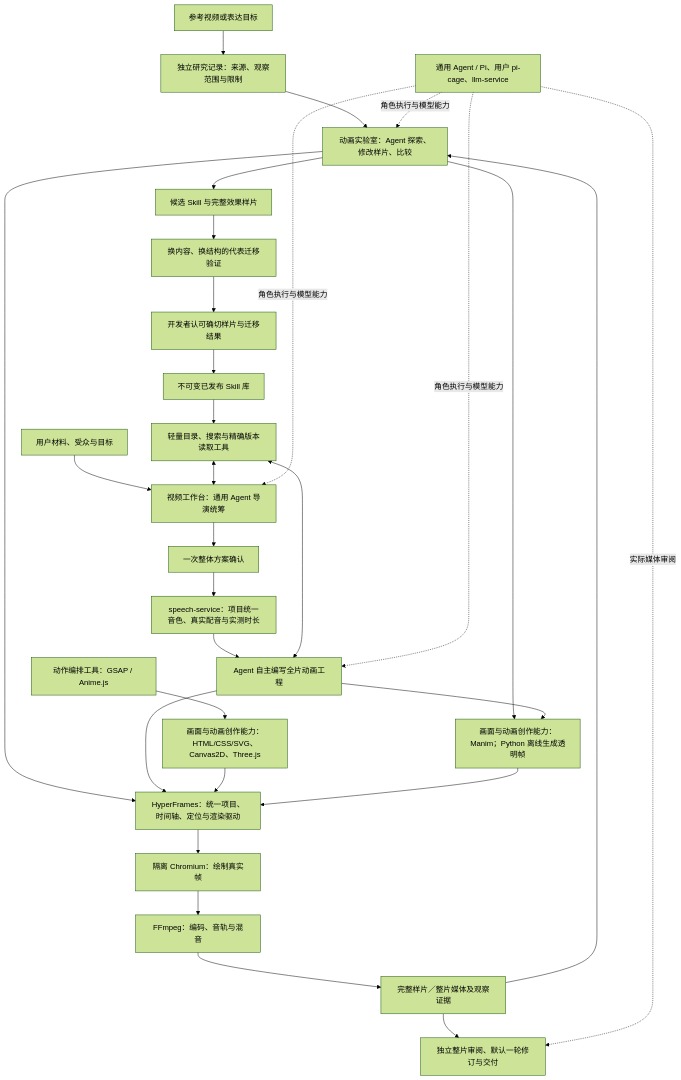
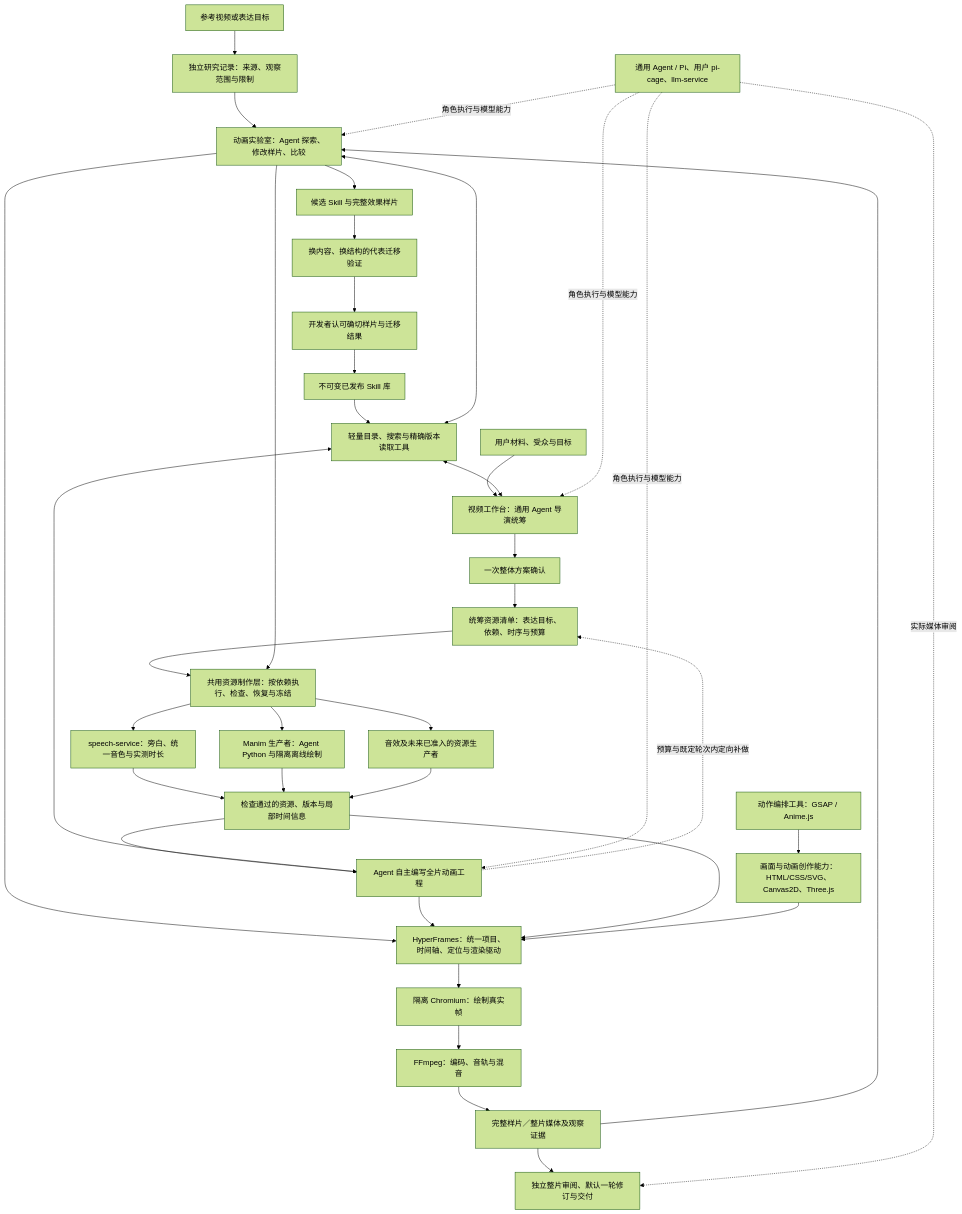
Before and after one commit to zmhhaha/panghu_agent: the diagram in video_workbench/docs/agent-creation-effect-library-plan.md, drawn with Mermaid (forest theme). The commit also changed other lines of this file, not shown here.

Commit message:
Document shared resource preproduction architecture

````diff
--- a/video_workbench/docs/agent-creation-effect-library-plan.md
+++ b/video_workbench/docs/agent-creation-effect-library-plan.md
@@ -22,32 +25,40 @@
 ```mermaid
 flowchart TB
     Ref[参考视频或表达目标] --> Research[独立研究记录：来源、观察范围与限制]
     Research --> Lab[动画实验室：Agent 探索、修改样片、比较]
     Lab --> Candidate[候选 Skill 与完整效果样片]
     Candidate --> Transfer[换内容、换结构的代表迁移验证]
     Transfer --> Accept[开发者认可确切样片与迁移结果]
     Accept --> Registry[不可变已发布 Skill 库]
     Material[用户材料、受众与目标] --> Director[视频工作台：通用 Agent 导演统筹]
     Registry --> Tools[轻量目录、搜索与精确版本读取工具]
     Tools <--> Director
     Director --> Confirm[一次整体方案确认]
-    Confirm --> Speech[speech-service：项目统一音色、真实配音与实测时长]
-    Speech --> Create[Agent 自主编写全片动画工程]
+    Confirm --> ResourcePlan[统筹资源清单：表达目标、依赖、时序与预算]
+    ResourcePlan --> ResourceStage[共用资源制作层：按依赖执行、检查、恢复与冻结]
+    Lab --> ResourceStage
+    ResourceStage --> Speech[speech-service：旁白、统一音色与实测时长]
+    ResourceStage --> Manim[Manim 生产者：Agent Python 与隔离离线绘制]
+    ResourceStage --> Producers[音效及未来已准入的资源生产者]
+    Speech --> Assets[检查通过的资源、版本与局部时间信息]
+    Manim --> Assets
+    Producers --> Assets
+    Assets --> Create[Agent 自主编写全片动画工程]
     Tools <--> Create
+    Tools <--> Lab
     Lab --> HF[HyperFrames：统一项目、时间轴、定位与渲染驱动]
     Create --> HF
+    Assets --> HF
+    Create -.预算与既定轮次内定向补做.-> ResourcePlan
     Engines[画面与动画创作能力：HTML/CSS/SVG、Canvas2D、Three.js] --> HF
     Motion[动作编排工具：GSAP / Anime.js] --> Engines
-    Lab --> Manim[画面与动画创作能力：Manim；Python 离线生成透明帧]
-    Create --> Manim
-    Manim --> HF
     HF --> Pixels[隔离 Chromium：绘制真实帧]
     Pixels --> Encode[FFmpeg：编码、音轨与混音]
     Encode --> Evidence[完整样片／整片媒体及观察证据]
     Evidence --> Lab
     Evidence --> Review[独立整片审阅、默认一轮修订与交付]
     Shared[通用 Agent / Pi、用户 pi-cage、llm-service] -.角色执行与模型能力.-> Lab
     Shared -.角色执行与模型能力.-> Director
     Shared -.角色执行与模型能力.-> Create
     Shared -.实际媒体审阅.-> Review
 ```
````
